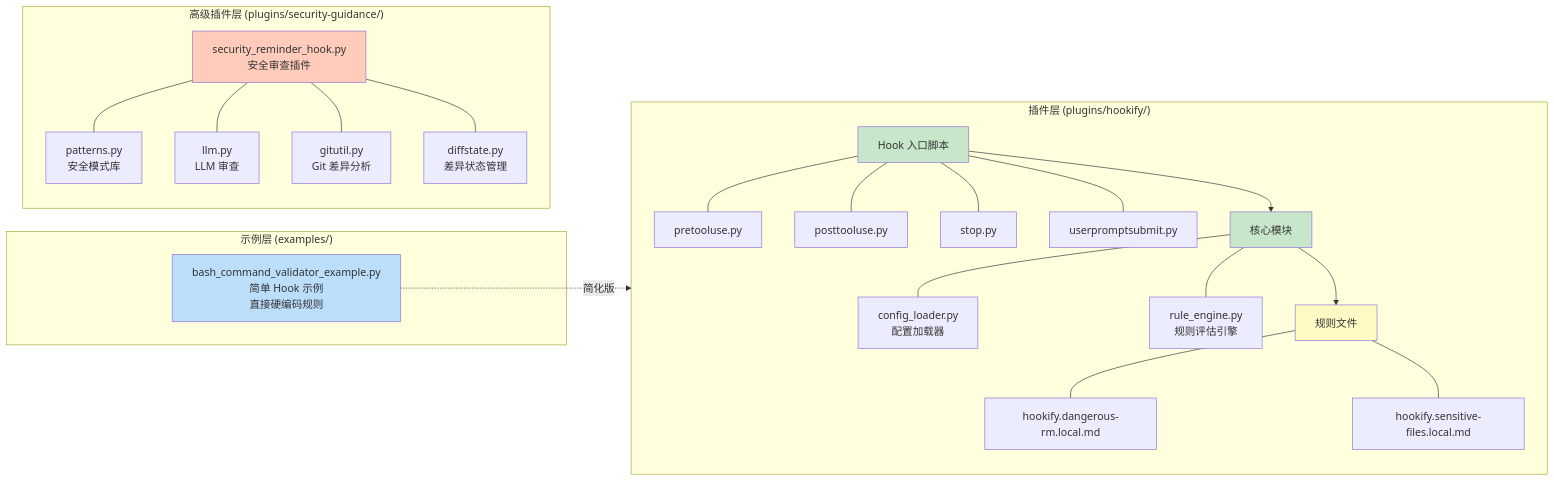
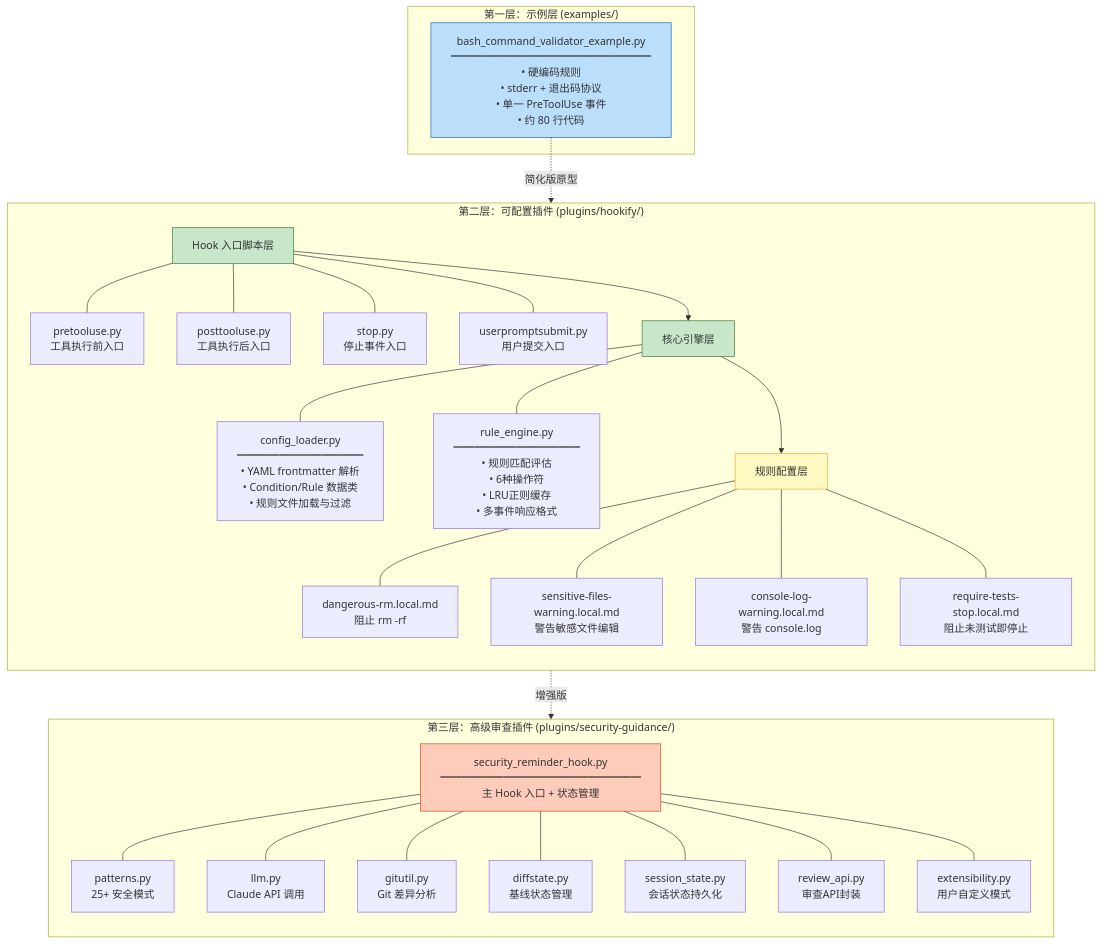
Before and after one commit to zhangzqhn/claude-code: the third of 17 diagrams in docs/technical_design.md, drawn with Mermaid. The commit also changed other lines of this file, not shown here.

````diff
--- a/docs/technical_design.md
+++ b/docs/technical_design.md
@@ -77,43 +144,49 @@
 ```mermaid
-graph LR
-    subgraph "示例层 (examples/)"
-        EXAMPLE["bash_command_validator_example.py<br/>简单 Hook 示例<br/>直接硬编码规则"]
+graph TB
+    subgraph "第一层：示例层 (examples/)"
+        EXAMPLE["bash_command_validator_example.py<br/>━━━━━━━━━━━━━━━━━━━<br/>• 硬编码规则<br/>• stderr + 退出码协议<br/>• 单一 PreToolUse 事件<br/>• 约 80 行代码"]
     end
 
-    subgraph "插件层 (plugins/hookify/)"
+    subgraph "第二层：可配置插件 (plugins/hookify/)"
         direction TB
-        ENTRY["Hook 入口脚本"]
-        CORE["核心模块"]
-        RULES["规则文件"]
+        H_ENTRY["Hook 入口脚本层"]
+        H_CORE["核心引擎层"]
+        H_RULES["规则配置层"]
 
-        ENTRY --- PTU_H["pretooluse.py"]
-        ENTRY --- POST_H["posttooluse.py"]
-        ENTRY --- STOP_H["stop.py"]
-        ENTRY --- UPS_H["userpromptsubmit.py"]
+        H_ENTRY --- PTU_H["pretooluse.py<br/>工具执行前入口"]
+        H_ENTRY --- POST_H["posttooluse.py<br/>工具执行后入口"]
+        H_ENTRY --- STOP_H["stop.py<br/>停止事件入口"]
+        H_ENTRY --- UPS_H["userpromptsubmit.py<br/>用户提交入口"]
 
-        CORE --- CL["config_loader.py<br/>配置加载器"]
-        CORE --- RE2["rule_engine.py<br/>规则评估引擎"]
+        H_CORE --- CL["config_loader.py<br/>━━━━━━━━━━━━<br/>• YAML frontmatter 解析<br/>• Condition/Rule 数据类<br/>• 规则文件加载与过滤"]
+        H_CORE --- RE2["rule_engine.py<br/>━━━━━━━━━━━━<br/>• 规则匹配评估<br/>• 6种操作符<br/>• LRU正则缓存<br/>• 多事件响应格式"]
 
-        RULES --- R1["hookify.dangerous-rm.local.md"]
-        RULES --- R2["hookify.sensitive-files.local.md"]
+        H_RULES --- R1["dangerous-rm.local.md<br/>阻止 rm -rf"]
+        H_RULES --- R2["sensitive-files-warning.local.md<br/>警告敏感文件编辑"]
+        H_RULES --- R3["console-log-warning.local.md<br/>警告 console.log"]
+        H_RULES --- R4["require-tests-stop.local.md<br/>阻止未测试即停止"]
     end
 
-    subgraph "高级插件层 (plugins/security-guidance/)"
+    subgraph "第三层：高级审查插件 (plugins/security-guidance/)"
         direction TB
-        SG["security_reminder_hook.py<br/>安全审查插件"]
-        SG --- PAT["patterns.py<br/>安全模式库"]
-        SG --- LLM["llm.py<br/>LLM 审查"]
+        SG["security_reminder_hook.py<br/>━━━━━━━━━━━━━━━━━━━<br/>主 Hook 入口 + 状态管理"]
+        SG --- PAT["patterns.py<br/>25+ 安全模式"]
+        SG --- LLM["llm.py<br/>Claude API 调用"]
         SG --- GIT["gitutil.py<br/>Git 差异分析"]
-        SG --- DIFF["diffstate.py<br/>差异状态管理"]
+        SG --- DIFF["diffstate.py<br/>基线状态管理"]
+        SG --- SES["session_state.py<br/>会话状态持久化"]
+        SG --- REV["review_api.py<br/>审查API封装"]
+        SG --- EXT["extensibility.py<br/>用户自定义模式"]
     end
 
-    EXAMPLE -.->|"简化版"| ENTRY
-    ENTRY --> CORE
-    CORE --> RULES
+    EXAMPLE -.->|"简化版原型"| H_ENTRY
+    H_ENTRY --> H_CORE
+    H_CORE --> H_RULES
+    H_RULES -.->|"增强版"| SG
 
-    style EXAMPLE fill:#bbdefb
-    style ENTRY fill:#c8e6c9
-    style CORE fill:#c8e6c9
-    style RULES fill:#fff9c4
-    style SG fill:#ffccbc
+    style EXAMPLE fill:#bbdefb,stroke:#1565c0
+    style H_ENTRY fill:#c8e6c9,stroke:#2e7d32
+    style H_CORE fill:#c8e6c9,stroke:#2e7d32
+    style H_RULES fill:#fff9c4,stroke:#f9a825
+    style SG fill:#ffccbc,stroke:#d84315
 ```
````
